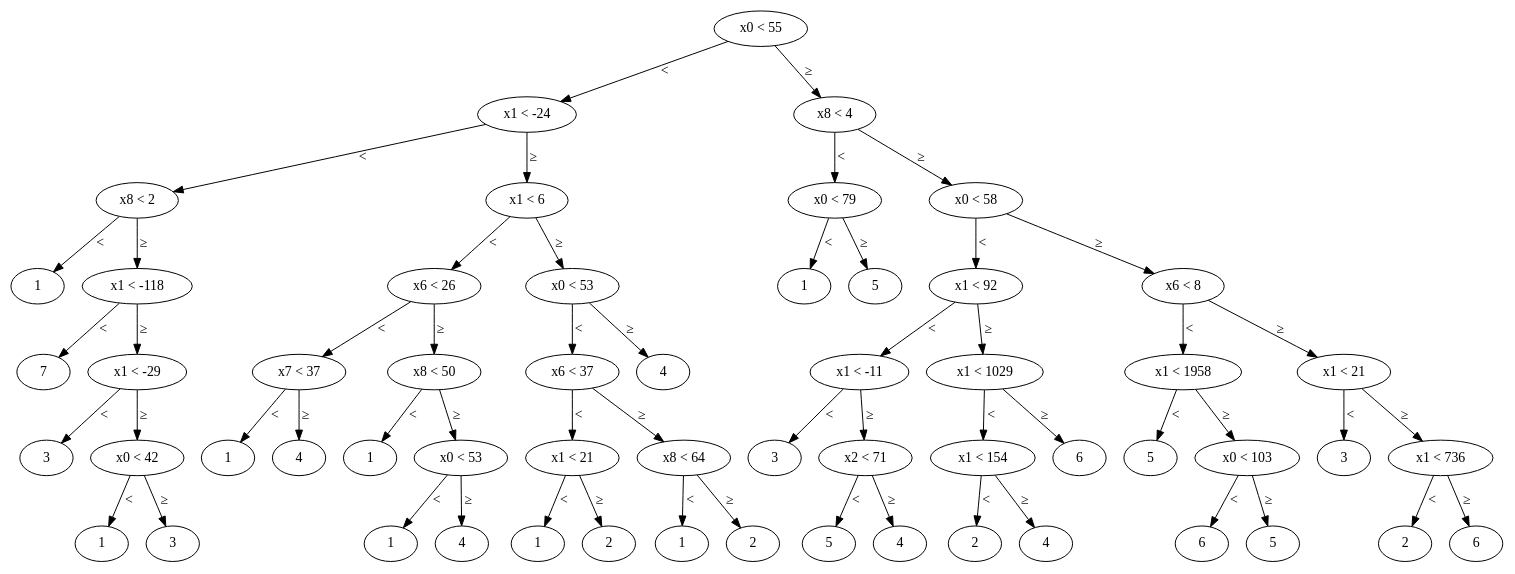
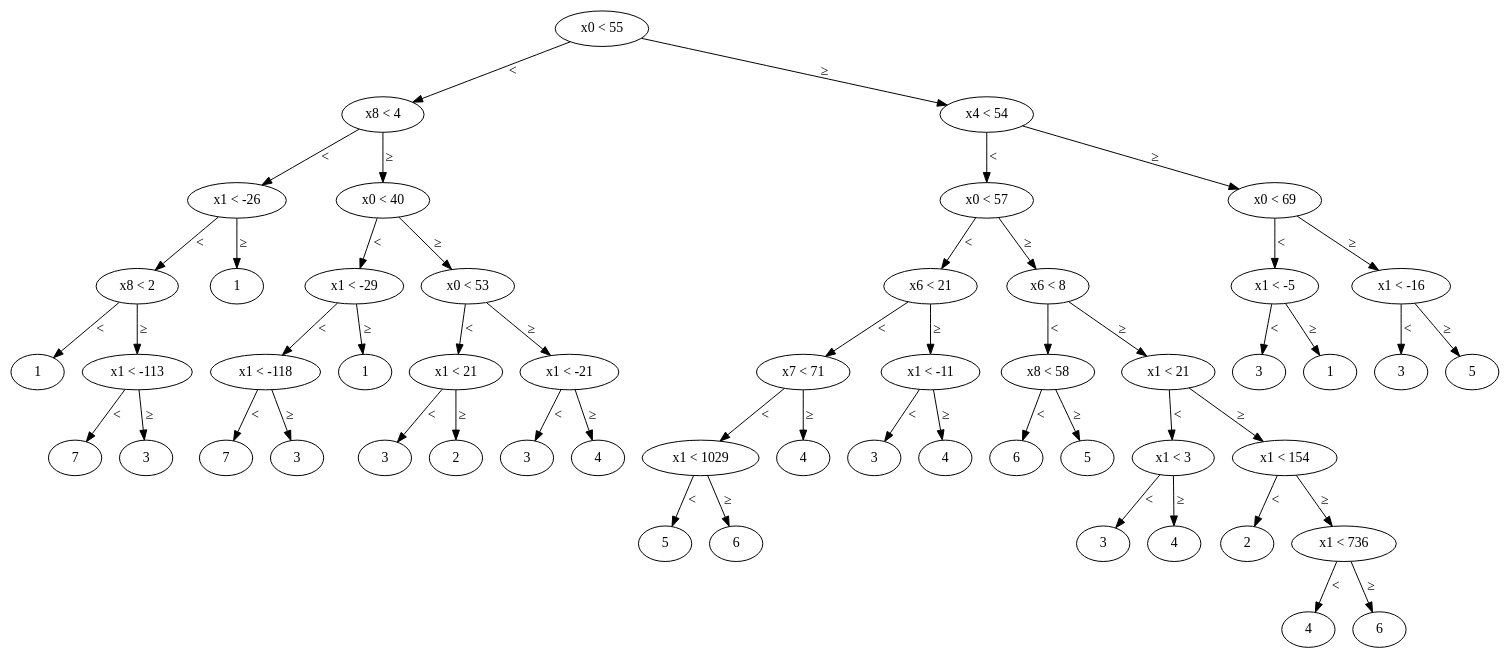
Before and after one commit to ahartik/itm-compression: the diagram in doc/ex3_big.dot, drawn with Graphviz. The commit also changed 1 other file, not shown here.

```diff
--- a/doc/ex3_big.dot
+++ b/doc/ex3_big.dot
@@ -1,115 +1,107 @@
 digraph dtree{
-n3 [label = "1"] ;
-n5 [label = "7"] ;
+n4 [label = "1"] ;
+n6 [label = "7"] ;
 n7 [label = "3"] ;
-n9 [label = "1"] ;
-n10 [label = "3"] ;
-n8 [label = "x0 < 42"] ;
-n8 -> n9 [label = "<"] ;
-n8 -> n10 [label = "≥"] ;
-n6 [label = "x1 < -29"] ;
-n6 -> n7 [label = "<"] ;
-n6 -> n8 [label = "≥"] ;
-n4 [label = "x1 < -118"] ;
-n4 -> n5 [label = "<"] ;
-n4 -> n6 [label = "≥"] ;
-n2 [label = "x8 < 2"] ;
+n5 [label = "x1 < -113"] ;
+n5 -> n6 [label = "<"] ;
+n5 -> n7 [label = "≥"] ;
+n3 [label = "x8 < 2"] ;
+n3 -> n4 [label = "<"] ;
+n3 -> n5 [label = "≥"] ;
+n8 [label = "1"] ;
+n2 [label = "x1 < -26"] ;
 n2 -> n3 [label = "<"] ;
-n2 -> n4 [label = "≥"] ;
+n2 -> n8 [label = "≥"] ;
+n12 [label = "7"] ;
+n13 [label = "3"] ;
+n11 [label = "x1 < -118"] ;
+n11 -> n12 [label = "<"] ;
+n11 -> n13 [label = "≥"] ;
 n14 [label = "1"] ;
-n15 [label = "4"] ;
-n13 [label = "x7 < 37"] ;
-n13 -> n14 [label = "<"] ;
-n13 -> n15 [label = "≥"] ;
-n17 [label = "1"] ;
-n19 [label = "1"] ;
-n20 [label = "4"] ;
-n18 [label = "x0 < 53"] ;
-n18 -> n19 [label = "<"] ;
-n18 -> n20 [label = "≥"] ;
-n16 [label = "x8 < 50"] ;
+n10 [label = "x1 < -29"] ;
+n10 -> n11 [label = "<"] ;
+n10 -> n14 [label = "≥"] ;
+n17 [label = "3"] ;
+n18 [label = "2"] ;
+n16 [label = "x1 < 21"] ;
 n16 -> n17 [label = "<"] ;
 n16 -> n18 [label = "≥"] ;
-n12 [label = "x6 < 26"] ;
-n12 -> n13 [label = "<"] ;
-n12 -> n16 [label = "≥"] ;
-n24 [label = "1"] ;
-n25 [label = "2"] ;
-n23 [label = "x1 < 21"] ;
-n23 -> n24 [label = "<"] ;
-n23 -> n25 [label = "≥"] ;
-n27 [label = "1"] ;
-n28 [label = "2"] ;
-n26 [label = "x8 < 64"] ;
+n20 [label = "3"] ;
+n21 [label = "4"] ;
+n19 [label = "x1 < -21"] ;
+n19 -> n20 [label = "<"] ;
+n19 -> n21 [label = "≥"] ;
+n15 [label = "x0 < 53"] ;
+n15 -> n16 [label = "<"] ;
+n15 -> n19 [label = "≥"] ;
+n9 [label = "x0 < 40"] ;
+n9 -> n10 [label = "<"] ;
+n9 -> n15 [label = "≥"] ;
+n1 [label = "x8 < 4"] ;
+n1 -> n2 [label = "<"] ;
+n1 -> n9 [label = "≥"] ;
+n27 [label = "5"] ;
+n28 [label = "6"] ;
+n26 [label = "x1 < 1029"] ;
 n26 -> n27 [label = "<"] ;
 n26 -> n28 [label = "≥"] ;
-n22 [label = "x6 < 37"] ;
-n22 -> n23 [label = "<"] ;
-n22 -> n26 [label = "≥"] ;
 n29 [label = "4"] ;
-n21 [label = "x0 < 53"] ;
-n21 -> n22 [label = "<"] ;
-n21 -> n29 [label = "≥"] ;
-n11 [label = "x1 < 6"] ;
-n11 -> n12 [label = "<"] ;
-n11 -> n21 [label = "≥"] ;
-n1 [label = "x1 < -24"] ;
-n1 -> n2 [label = "<"] ;
-n1 -> n11 [label = "≥"] ;
-n32 [label = "1"] ;
-n33 [label = "5"] ;
-n31 [label = "x0 < 79"] ;
-n31 -> n32 [label = "<"] ;
-n31 -> n33 [label = "≥"] ;
-n37 [label = "3"] ;
-n39 [label = "5"] ;
+n25 [label = "x7 < 71"] ;
+n25 -> n26 [label = "<"] ;
+n25 -> n29 [label = "≥"] ;
+n31 [label = "3"] ;
+n32 [label = "4"] ;
+n30 [label = "x1 < -11"] ;
+n30 -> n31 [label = "<"] ;
+n30 -> n32 [label = "≥"] ;
+n24 [label = "x6 < 21"] ;
+n24 -> n25 [label = "<"] ;
+n24 -> n30 [label = "≥"] ;
+n35 [label = "6"] ;
+n36 [label = "5"] ;
+n34 [label = "x8 < 58"] ;
+n34 -> n35 [label = "<"] ;
+n34 -> n36 [label = "≥"] ;
+n39 [label = "3"] ;
 n40 [label = "4"] ;
-n38 [label = "x2 < 71"] ;
+n38 [label = "x1 < 3"] ;
 n38 -> n39 [label = "<"] ;
 n38 -> n40 [label = "≥"] ;
-n36 [label = "x1 < -11"] ;
-n36 -> n37 [label = "<"] ;
-n36 -> n38 [label = "≥"] ;
-n43 [label = "2"] ;
+n42 [label = "2"] ;
 n44 [label = "4"] ;
-n42 [label = "x1 < 154"] ;
-n42 -> n43 [label = "<"] ;
-n42 -> n44 [label = "≥"] ;
 n45 [label = "6"] ;
-n41 [label = "x1 < 1029"] ;
+n43 [label = "x1 < 736"] ;
+n43 -> n44 [label = "<"] ;
+n43 -> n45 [label = "≥"] ;
+n41 [label = "x1 < 154"] ;
 n41 -> n42 [label = "<"] ;
-n41 -> n45 [label = "≥"] ;
-n35 [label = "x1 < 92"] ;
-n35 -> n36 [label = "<"] ;
-n35 -> n41 [label = "≥"] ;
-n48 [label = "5"] ;
-n50 [label = "6"] ;
-n51 [label = "5"] ;
-n49 [label = "x0 < 103"] ;
-n49 -> n50 [label = "<"] ;
-n49 -> n51 [label = "≥"] ;
-n47 [label = "x1 < 1958"] ;
+n41 -> n43 [label = "≥"] ;
+n37 [label = "x1 < 21"] ;
+n37 -> n38 [label = "<"] ;
+n37 -> n41 [label = "≥"] ;
+n33 [label = "x6 < 8"] ;
+n33 -> n34 [label = "<"] ;
+n33 -> n37 [label = "≥"] ;
+n23 [label = "x0 < 57"] ;
+n23 -> n24 [label = "<"] ;
+n23 -> n33 [label = "≥"] ;
+n48 [label = "3"] ;
+n49 [label = "1"] ;
+n47 [label = "x1 < -5"] ;
 n47 -> n48 [label = "<"] ;
 n47 -> n49 [label = "≥"] ;
-n53 [label = "3"] ;
-n55 [label = "2"] ;
-n56 [label = "6"] ;
-n54 [label = "x1 < 736"] ;
-n54 -> n55 [label = "<"] ;
-n54 -> n56 [label = "≥"] ;
-n52 [label = "x1 < 21"] ;
-n52 -> n53 [label = "<"] ;
-n52 -> n54 [label = "≥"] ;
-n46 [label = "x6 < 8"] ;
+n51 [label = "3"] ;
+n52 [label = "5"] ;
+n50 [label = "x1 < -16"] ;
+n50 -> n51 [label = "<"] ;
+n50 -> n52 [label = "≥"] ;
+n46 [label = "x0 < 69"] ;
 n46 -> n47 [label = "<"] ;
-n46 -> n52 [label = "≥"] ;
-n34 [label = "x0 < 58"] ;
-n34 -> n35 [label = "<"] ;
-n34 -> n46 [label = "≥"] ;
-n30 [label = "x8 < 4"] ;
-n30 -> n31 [label = "<"] ;
-n30 -> n34 [label = "≥"] ;
+n46 -> n50 [label = "≥"] ;
+n22 [label = "x4 < 54"] ;
+n22 -> n23 [label = "<"] ;
+n22 -> n46 [label = "≥"] ;
 n0 [label = "x0 < 55"] ;
 n0 -> n1 [label = "<"] ;
-n0 -> n30 [label = "≥"] ;
+n0 -> n22 [label = "≥"] ;
 }
```
